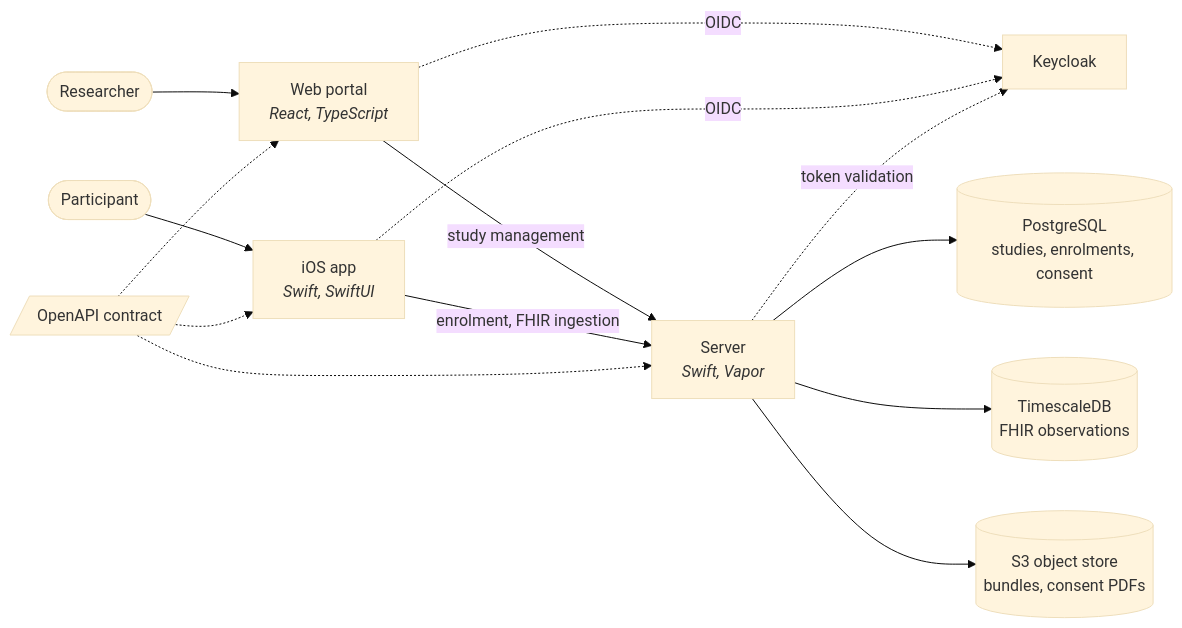
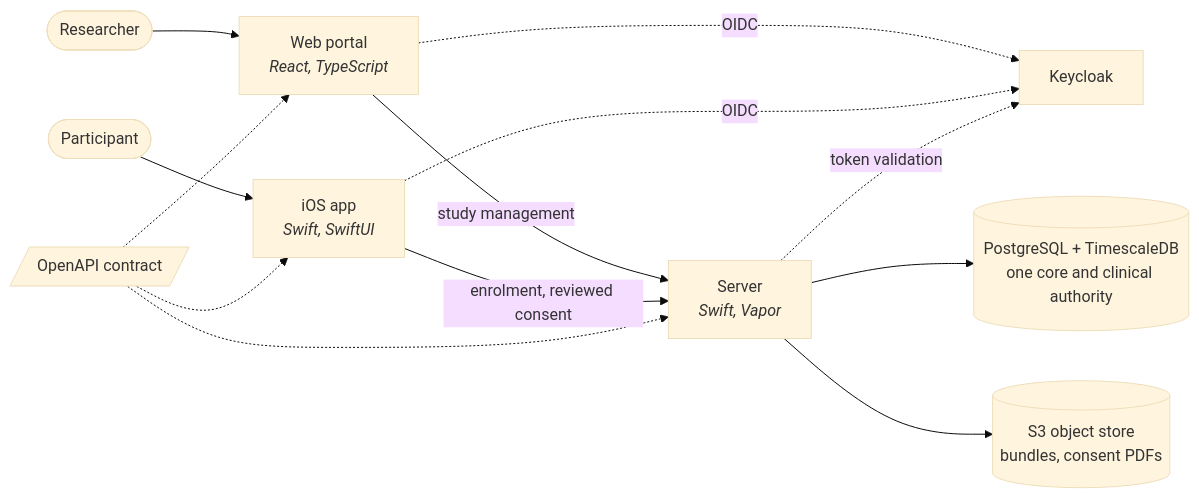
One commit to SchmiedmayerLab/Trove changed the diagram in README.md. Above: the diagram before and after it, drawn with Mermaid (base theme). The commit also changed other lines of this file and 6 other files, not shown here.

````diff
--- a/README.md
+++ b/README.md
@@ -23,20 +27,19 @@
 ```mermaid
 flowchart LR
     R([Researcher]) --> W["Web portal<br/><i>React, TypeScript</i>"]
     P([Participant]) --> I["iOS app<br/><i>Swift, SwiftUI</i>"]
 
     W -->|study management| S["Server<br/><i>Swift, Vapor</i>"]
-    I -->|enrolment, FHIR ingestion| S
+    I -->|enrolment, reviewed consent| S
 
     W -.->|OIDC| K[Keycloak]
     I -.->|OIDC| K
     S -.->|token validation| K
 
-    S --> PG[("PostgreSQL<br/>studies, enrolments, consent")]
-    S --> TS[("TimescaleDB<br/>FHIR observations")]
+    S --> PG[("PostgreSQL + TimescaleDB<br/>one core and clinical authority")]
     S --> OS[("S3 object store<br/>bundles, consent PDFs")]
 
     API[/"OpenAPI contract"/] -.-> W
     API -.-> I
     API -.-> S
 ```
````
